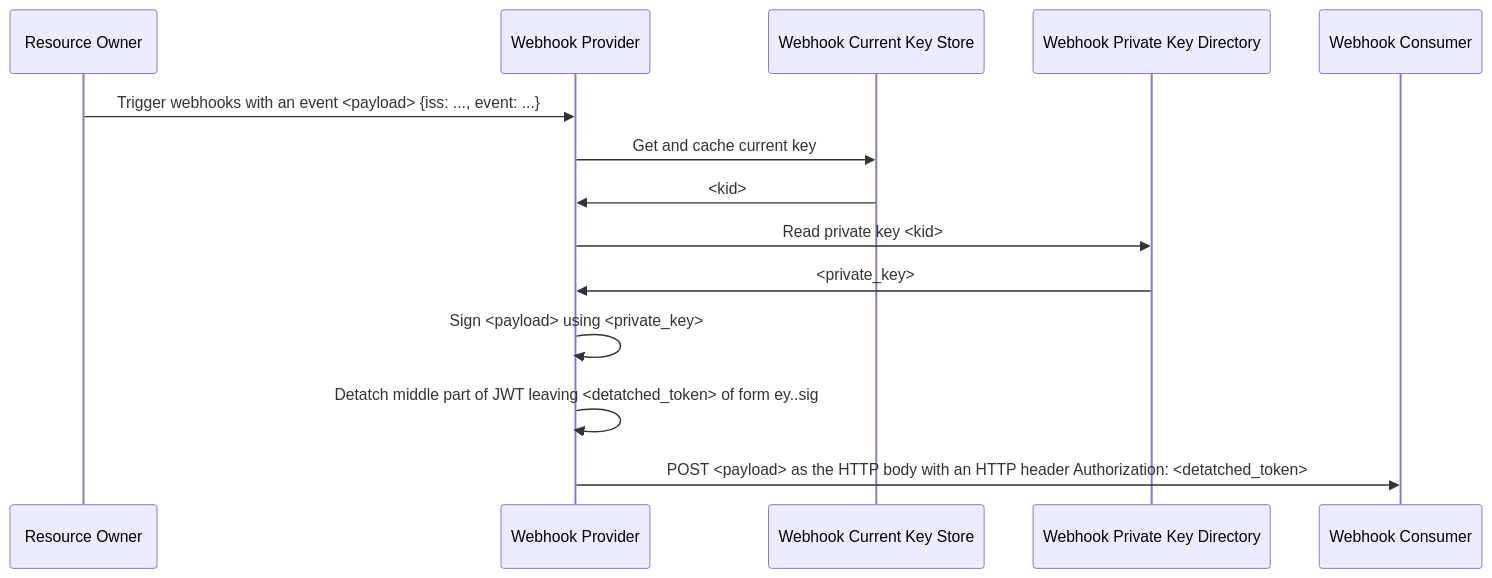
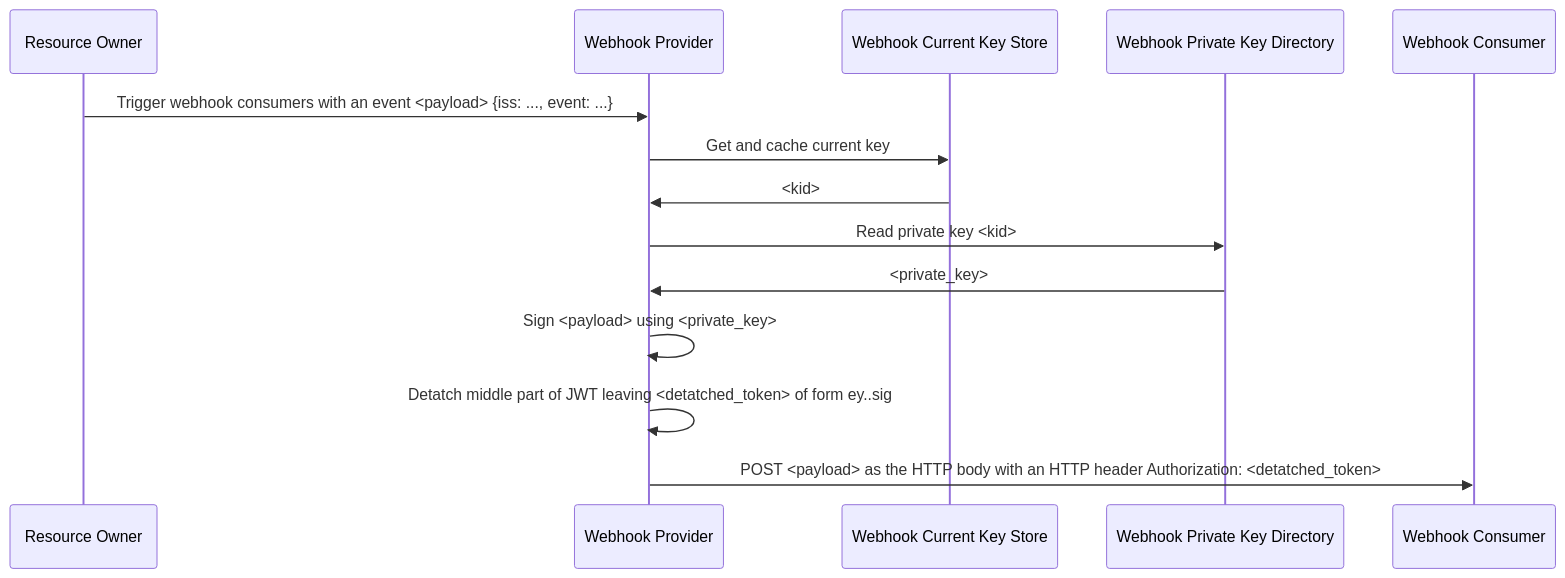
Before and after one commit to thejimmyg/python-auth-tools: the ninth of 11 diagrams in README.md, drawn with Mermaid. The commit also changed other lines of this file and 71 other files, not shown here.

````diff
--- a/README.md
+++ b/README.md
@@ -374,11 +373,11 @@
 ```mermaid
 sequenceDiagram
-    Resource Owner->>Webhook Provider: Trigger webhooks with an event <payload> {iss: ..., event: ...}
+    Resource Owner->>Webhook Provider: Trigger webhook consumers with an event <payload> {iss: ..., event: ...}
     Webhook Provider->>Webhook Current Key Store: Get and cache current key
     Webhook Current Key Store->>Webhook Provider: <kid>
     Webhook Provider->>Webhook Private Key Directory: Read private key <kid>
     Webhook Private Key Directory->>Webhook Provider: <private_key>
     Webhook Provider->>Webhook Provider: Sign <payload> using <private_key>
     Webhook Provider->>Webhook Provider: Detatch middle part of JWT leaving <detatched_token> of form ey..sig
     Webhook Provider->>Webhook Consumer: POST <payload> as the HTTP body with an HTTP header Authorization: <detatched_token>
 ```
````
